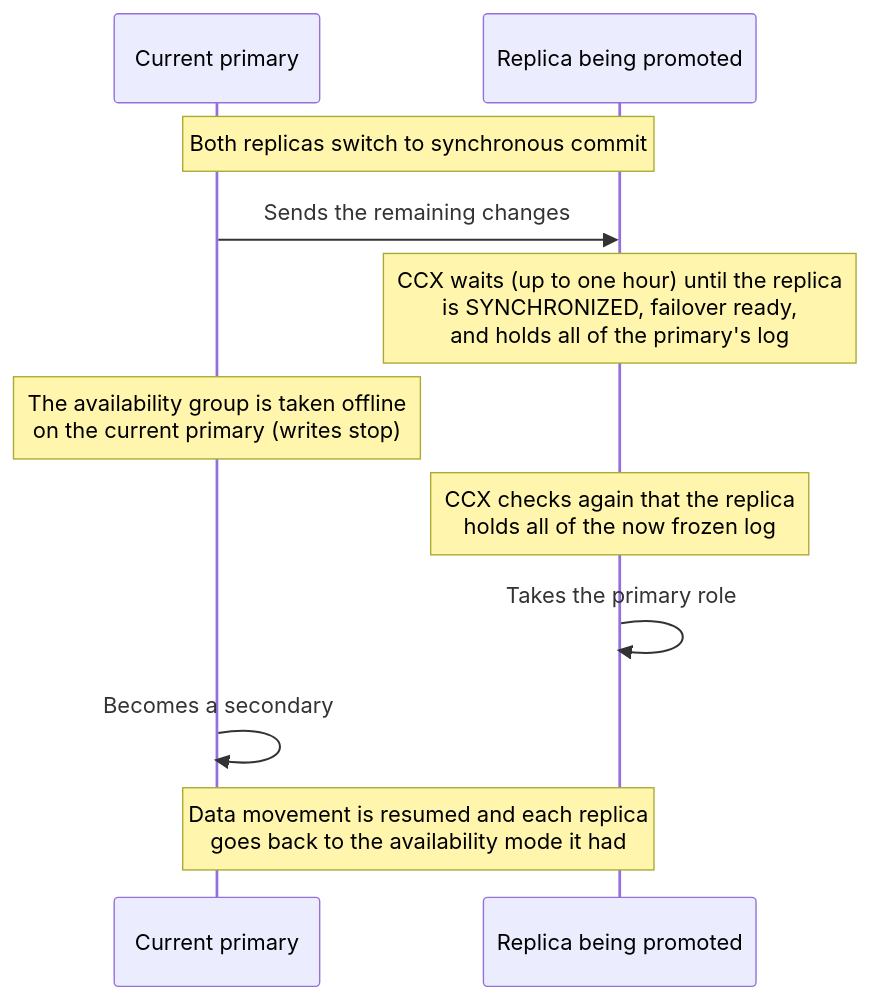
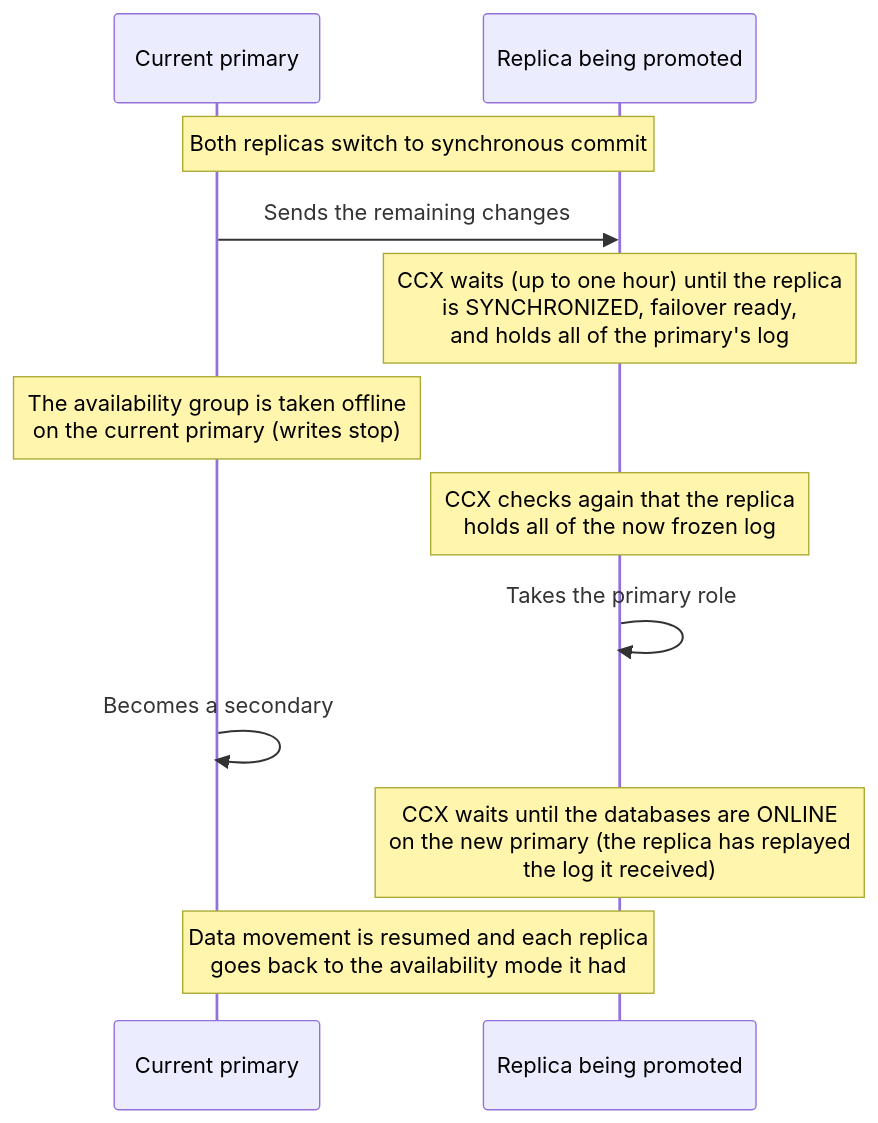
One commit to severalnines/ccx-docs changed the second of 2 diagrams in docs/user/Reference/Products/MSSQLServer/always-on.md. Above: the diagram before and after it, drawn with Mermaid. The commit also changed other lines of this file and 2 other files, not shown here.

````diff
--- a/docs/user/Reference/Products/MSSQLServer/always-on.md
+++ b/docs/user/Reference/Products/MSSQLServer/always-on.md
@@ -91,13 +91,14 @@
 ```mermaid
 sequenceDiagram
     participant P as Current primary
     participant S as Replica being promoted
     Note over P,S: Both replicas switch to synchronous commit
     P->>S: Sends the remaining changes
     Note over S: CCX waits (up to one hour) until the replica<br/>is SYNCHRONIZED, failover ready,<br/>and holds all of the primary's log
     Note over P: The availability group is taken offline<br/>on the current primary (writes stop)
     Note over S: CCX checks again that the replica<br/>holds all of the now frozen log
     S->>S: Takes the primary role
     P->>P: Becomes a secondary
+    Note over S: CCX waits until the databases are ONLINE<br/>on the new primary (the replica has replayed<br/>the log it received)
     Note over P,S: Data movement is resumed and each replica<br/>goes back to the availability mode it had
 ```
````
